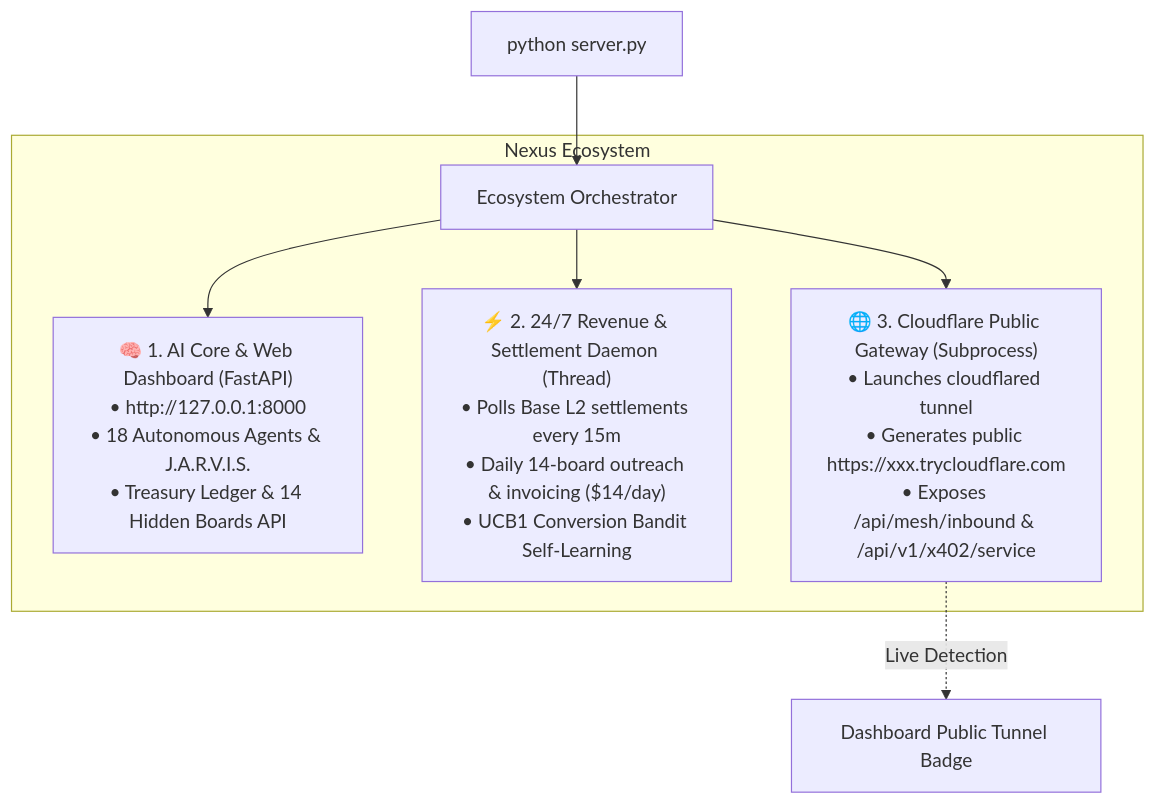
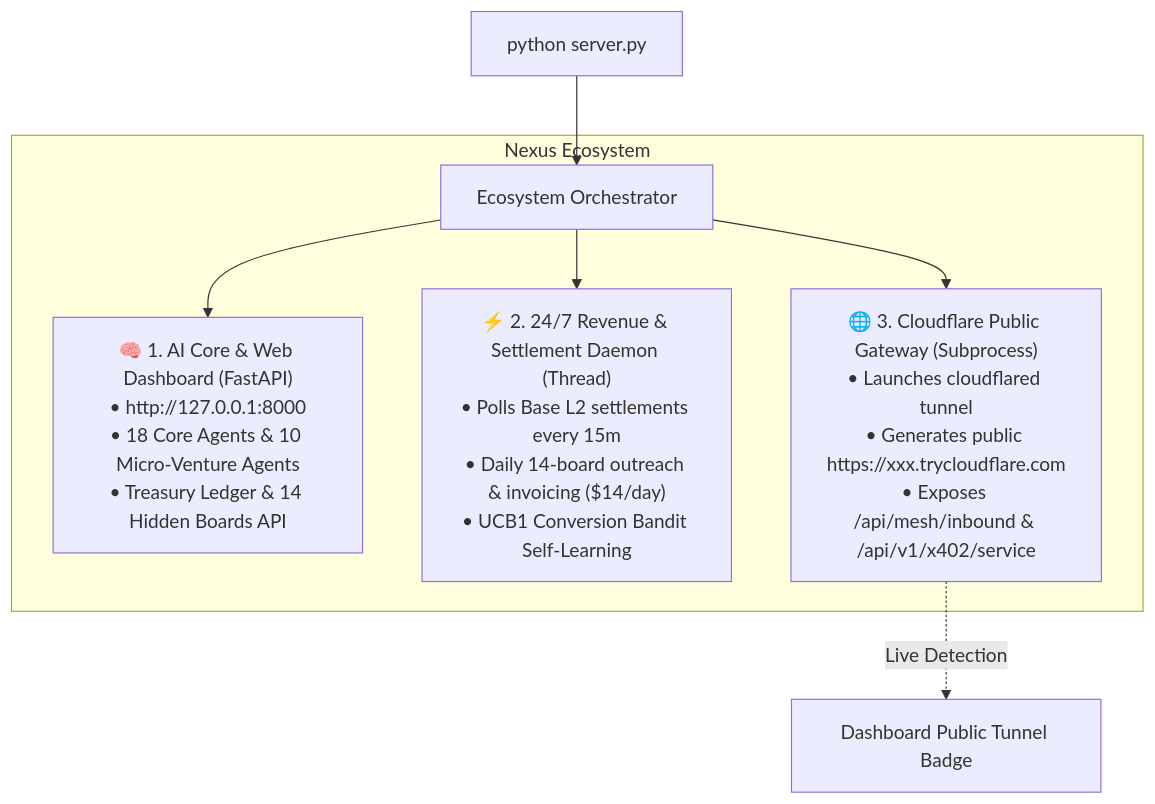
The diagram in STARTUP_GUIDE.md (nivekneved/Nexus), drawn with Mermaid before and after one commit. The commit also changed other lines of this file and 1 other file, not shown here.

Commit message:
docs: update README.md and STARTUP_GUIDE.md to v4.1.0 Sovereign Multi-Venture Edition

````diff
--- a/STARTUP_GUIDE.md
+++ b/STARTUP_GUIDE.md
@@ -47,12 +48,12 @@
 ```mermaid
 flowchart TD
     CMD["python server.py"] --> ORCH[Ecosystem Orchestrator]
     
     subgraph Nexus Ecosystem
-        ORCH --> S1["🧠 1. AI Core & Web Dashboard (FastAPI)\n• http://127.0.0.1:8000\n• 18 Autonomous Agents & J.A.R.V.I.S.\n• Treasury Ledger & 14 Hidden Boards API"]
+        ORCH --> S1["🧠 1. AI Core & Web Dashboard (FastAPI)\n• http://127.0.0.1:8000\n• 18 Core Agents & 10 Micro-Venture Agents\n• Treasury Ledger & 14 Hidden Boards API"]
         ORCH --> S2["⚡ 2. 24/7 Revenue & Settlement Daemon (Thread)\n• Polls Base L2 settlements every 15m\n• Daily 14-board outreach & invoicing ($14/day)\n• UCB1 Conversion Bandit Self-Learning"]
         ORCH --> S3["🌐 3. Cloudflare Public Gateway (Subprocess)\n• Launches cloudflared tunnel\n• Generates public https://xxx.trycloudflare.com\n• Exposes /api/mesh/inbound & /api/v1/x402/service"]
     end
     
     S3 -.->|Live Detection| UI[Dashboard Public Tunnel Badge]
 ```
````
